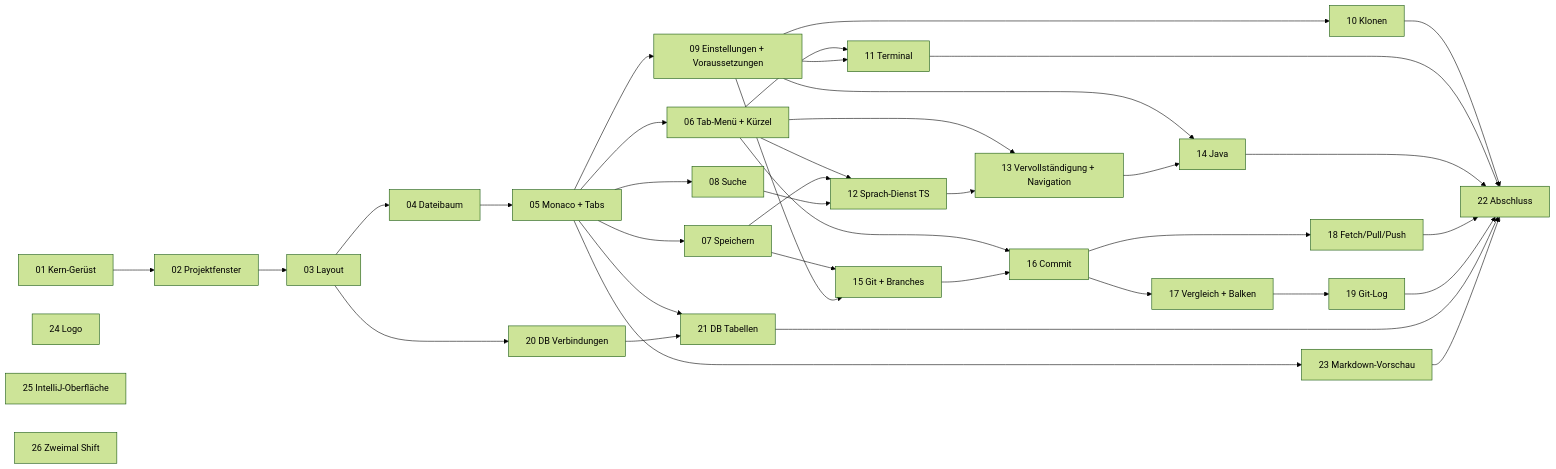
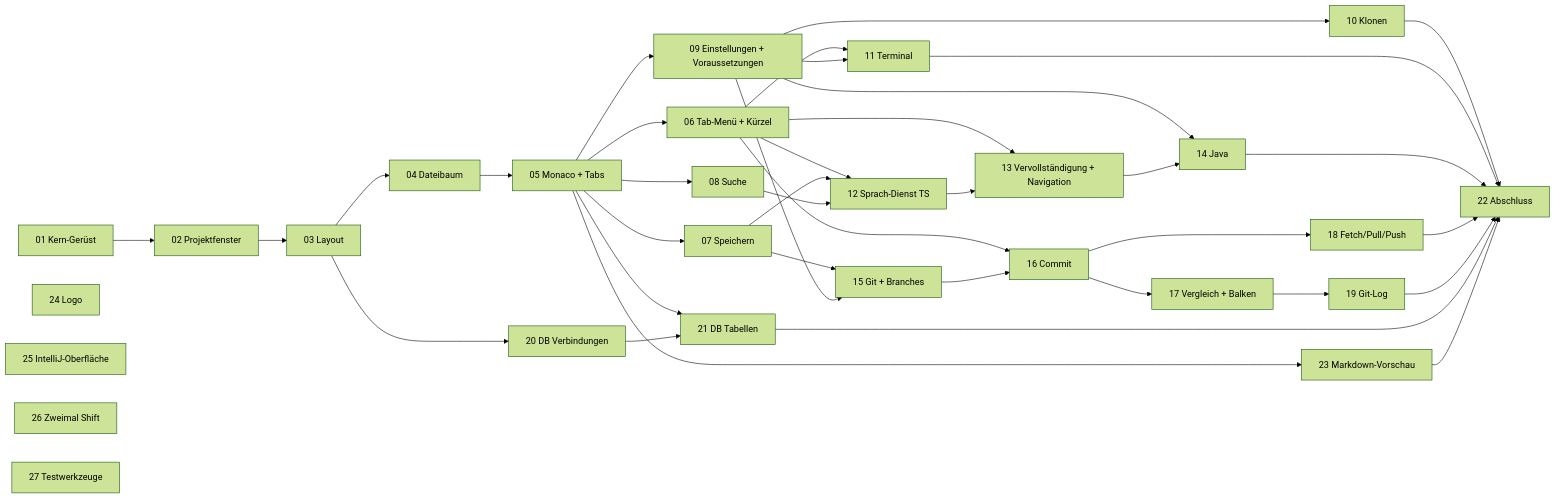
The diagram in docs/tickets/README.md (BonomoAlessandro/codium), drawn with Mermaid (forest theme) before and after one commit. The commit also changed other lines of this file and 1 other file, not shown here.

First line of the commit message:
Ticket 27: Testwerkzeuge – Fokus, Aufräumen, wackelige Tests

````diff
--- a/docs/tickets/README.md
+++ b/docs/tickets/README.md
@@ -98,42 +99,43 @@
 ```mermaid
 flowchart LR
   T01[01 Kern-Gerüst] --> T02[02 Projektfenster]
   T02 --> T03[03 Layout]
   T03 --> T04[04 Dateibaum]
   T04 --> T05[05 Monaco + Tabs]
   T05 --> T06[06 Tab-Menü + Kürzel]
   T05 --> T07[07 Speichern]
   T05 --> T08[08 Suche]
   T05 --> T09[09 Einstellungen + Voraussetzungen]
   T09 --> T10[10 Klonen]
   T06 --> T11[11 Terminal]
   T09 --> T11
   T06 --> T12[12 Sprach-Dienst TS]
   T07 --> T12
   T08 --> T12
   T06 --> T13[13 Vervollständigung + Navigation]
   T12 --> T13
   T09 --> T14[14 Java]
   T13 --> T14
   T07 --> T15[15 Git + Branches]
   T09 --> T15
   T06 --> T16[16 Commit]
   T15 --> T16
   T16 --> T17[17 Vergleich + Balken]
   T16 --> T18[18 Fetch/Pull/Push]
   T17 --> T19[19 Git-Log]
   T03 --> T20[20 DB Verbindungen]
   T05 --> T21[21 DB Tabellen]
   T20 --> T21
   T10 --> T22[22 Abschluss]
   T11 --> T22
   T14 --> T22
   T18 --> T22
   T19 --> T22
   T21 --> T22
   T05 --> T23[23 Markdown-Vorschau]
   T23 --> T22
   T24[24 Logo]
   T25[25 IntelliJ-Oberfläche]
   T26[26 Zweimal Shift]
+  T27[27 Testwerkzeuge]
 ```
````
